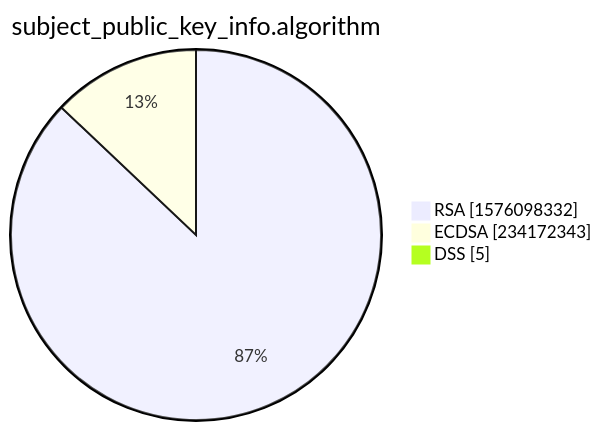
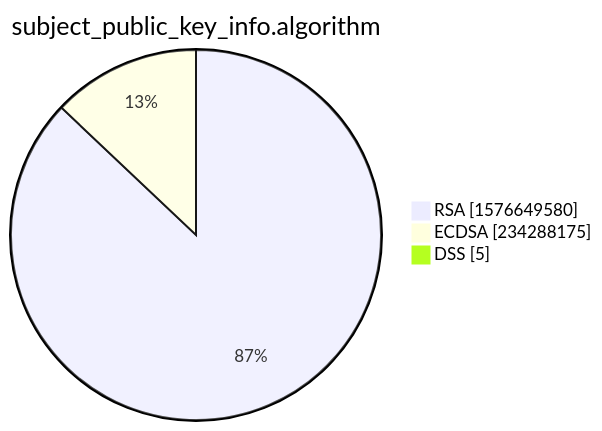
The third of 15 diagrams in xenon2022/README.md (christiankrug/ctmonitor_visualization), drawn with Mermaid before and after one commit. The commit also changed other lines of this file, not shown here.

````diff
--- a/xenon2022/README.md
+++ b/xenon2022/README.md
@@ -14,7 +14,7 @@
 ```mermaid
 pie showData
 title subject_public_key_info.algorithm
-"RSA" :1576098332
-"ECDSA" :234172343
+"RSA" :1576649580
+"ECDSA" :234288175
 "DSS" :5
 ```
````
